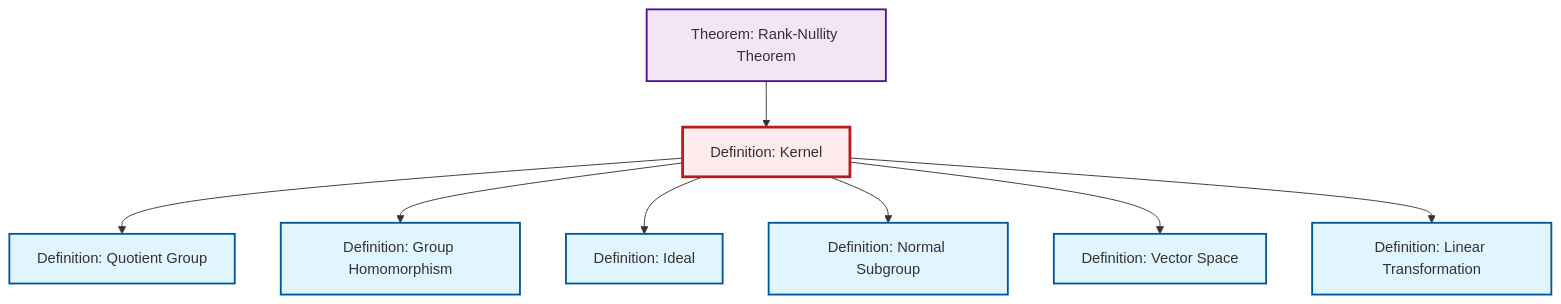
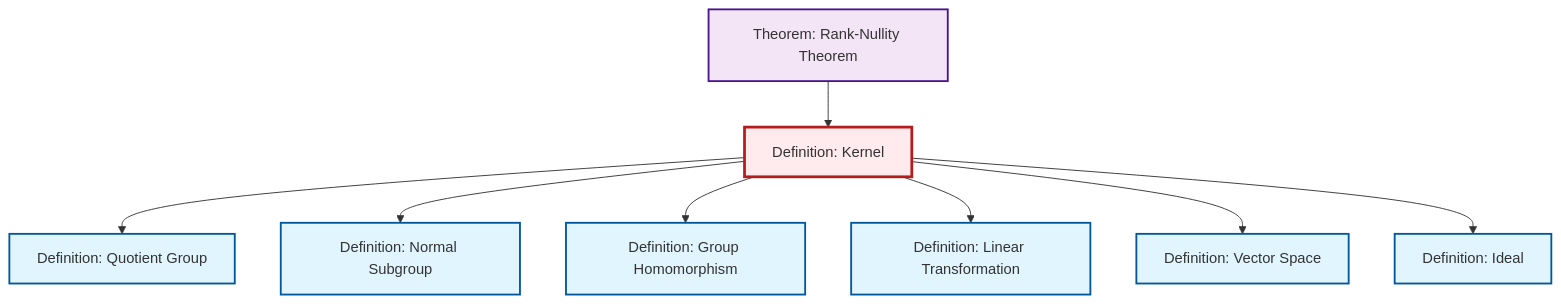
One commit to RK0429/ModernMath changed the diagram in content/en/algebra/def-kernel.qmd. Above: the diagram before and after it, drawn with Mermaid. The commit also changed other lines of this file and 417 other files, not shown here.

````diff
--- a/content/en/algebra/def-kernel.qmd
+++ b/content/en/algebra/def-kernel.qmd
@@ -79,32 +79,32 @@
 ```{mermaid}
 %%| fig-cap: "Local dependency graph"
 graph TD
     classDef definition fill:#e1f5fe,stroke:#01579b,stroke-width:2px
     classDef theorem fill:#f3e5f5,stroke:#4a148c,stroke-width:2px
     classDef axiom fill:#fff3e0,stroke:#e65100,stroke-width:2px
     classDef example fill:#e8f5e9,stroke:#1b5e20,stroke-width:2px
     classDef current fill:#ffebee,stroke:#b71c1c,stroke-width:3px
-    def-ideal["Definition: Ideal"]:::definition
+    def-kernel["Definition: Kernel"]:::definition
+    def-vector-space["Definition: Vector Space"]:::definition
+    def-homomorphism["Definition: Group Homomorphism"]:::definition
     def-normal-subgroup["Definition: Normal Subgroup"]:::definition
     thm-rank-nullity["Theorem: Rank-Nullity Theorem"]:::theorem
-    def-kernel["Definition: Kernel"]:::definition
-    def-homomorphism["Definition: Group Homomorphism"]:::definition
     def-quotient-group["Definition: Quotient Group"]:::definition
-    def-vector-space["Definition: Vector Space"]:::definition
+    def-ideal["Definition: Ideal"]:::definition
     def-linear-transformation["Definition: Linear Transformation"]:::definition
     def-kernel --> def-quotient-group
-    def-kernel --> def-homomorphism
-    def-kernel --> def-ideal
     thm-rank-nullity --> def-kernel
     def-kernel --> def-normal-subgroup
+    def-kernel --> def-homomorphism
+    def-kernel --> def-linear-transformation
     def-kernel --> def-vector-space
-    def-kernel --> def-linear-transformation
+    def-kernel --> def-ideal
     class def-kernel current
-    click def-ideal "def-ideal.html" "Go to Ideal definition"
+    click def-vector-space "def-vector-space.html" "Go to Vector Space definition"
+    click def-homomorphism "def-homomorphism.html" "Go to Group Homomorphism definition"
     click def-normal-subgroup "def-normal-subgroup.html" "Go to Normal Subgroup definition"
     click thm-rank-nullity "thm-rank-nullity.html" "Go to Rank-Nullity Theorem theorem"
-    click def-homomorphism "def-homomorphism.html" "Go to Group Homomorphism definition"
     click def-quotient-group "def-quotient-group.html" "Go to Quotient Group definition"
-    click def-vector-space "def-vector-space.html" "Go to Vector Space definition"
+    click def-ideal "def-ideal.html" "Go to Ideal definition"
     click def-linear-transformation "def-linear-transformation.html" "Go to Linear Transformation definition"
 ```
````
